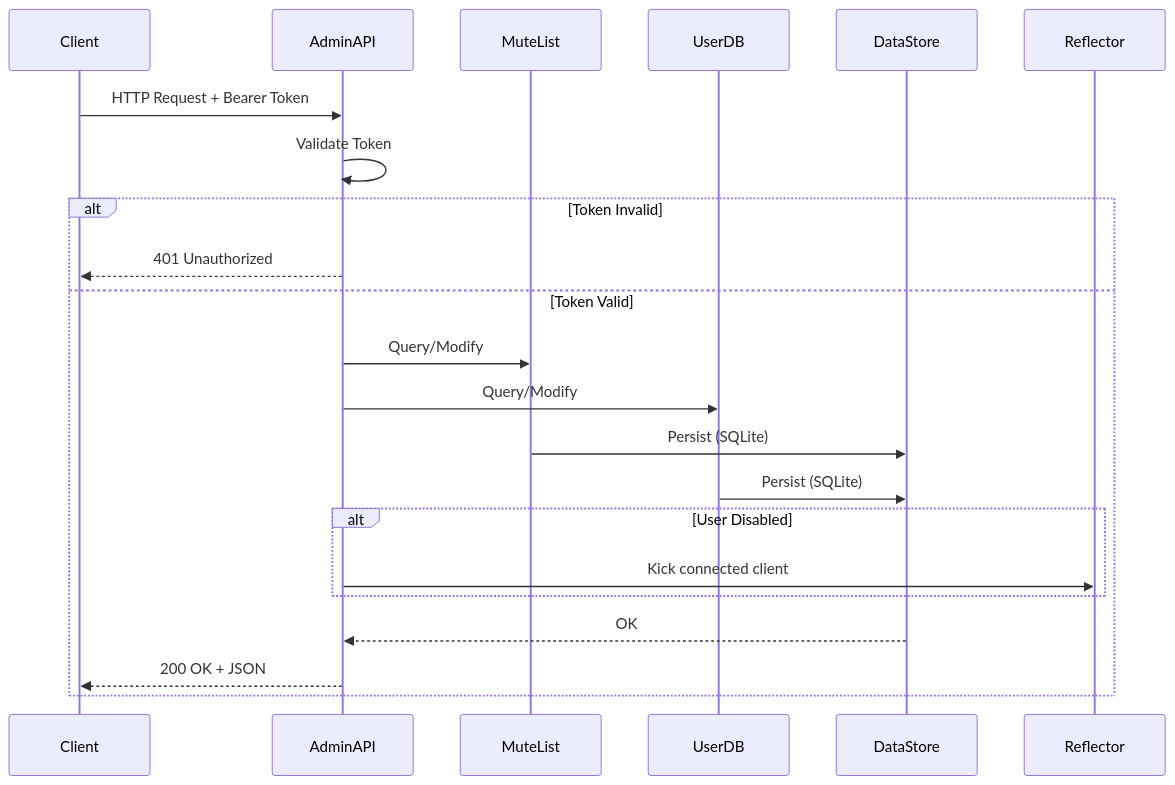
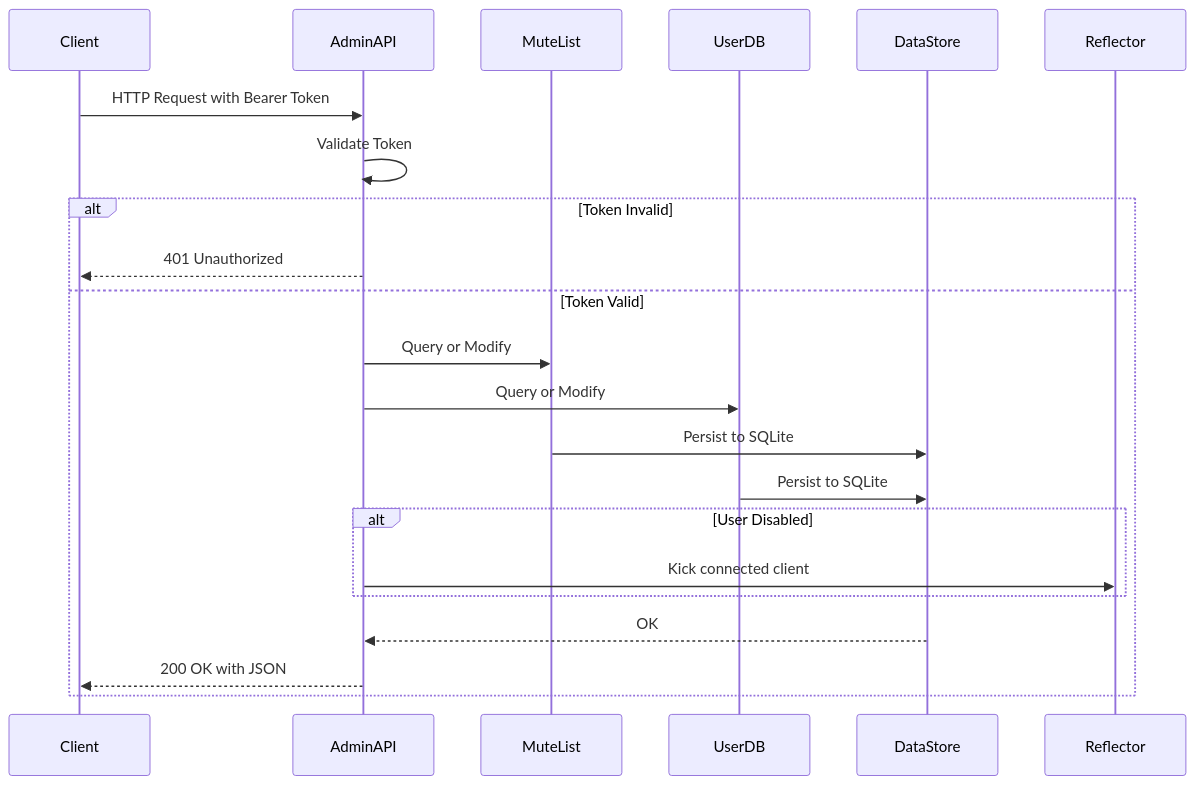
One commit to chakphanu/svxlink changed the first of 11 diagrams in docs/SvxReflector_Admin_API_Reference.md. Above: the diagram before and after it, drawn with Mermaid. The commit also changed other lines of this file, not shown here.

First line of the commit message:
Fix Mermaid diagram syntax in API docs

````diff
--- a/docs/SvxReflector_Admin_API_Reference.md
+++ b/docs/SvxReflector_Admin_API_Reference.md
@@ -57,25 +57,25 @@
 ```mermaid
 sequenceDiagram
     participant Client
     participant AdminAPI
     participant MuteList
     participant UserDB
     participant DataStore
     participant Reflector
 
-    Client->>AdminAPI: HTTP Request + Bearer Token
+    Client->>AdminAPI: HTTP Request with Bearer Token
     AdminAPI->>AdminAPI: Validate Token
     alt Token Invalid
         AdminAPI-->>Client: 401 Unauthorized
     else Token Valid
-        AdminAPI->>MuteList: Query/Modify
-        AdminAPI->>UserDB: Query/Modify
-        MuteList->>DataStore: Persist (SQLite)
-        UserDB->>DataStore: Persist (SQLite)
+        AdminAPI->>MuteList: Query or Modify
+        AdminAPI->>UserDB: Query or Modify
+        MuteList->>DataStore: Persist to SQLite
+        UserDB->>DataStore: Persist to SQLite
         alt User Disabled
             AdminAPI->>Reflector: Kick connected client
         end
         DataStore-->>AdminAPI: OK
-        AdminAPI-->>Client: 200 OK + JSON
+        AdminAPI-->>Client: 200 OK with JSON
     end
 ```
````
